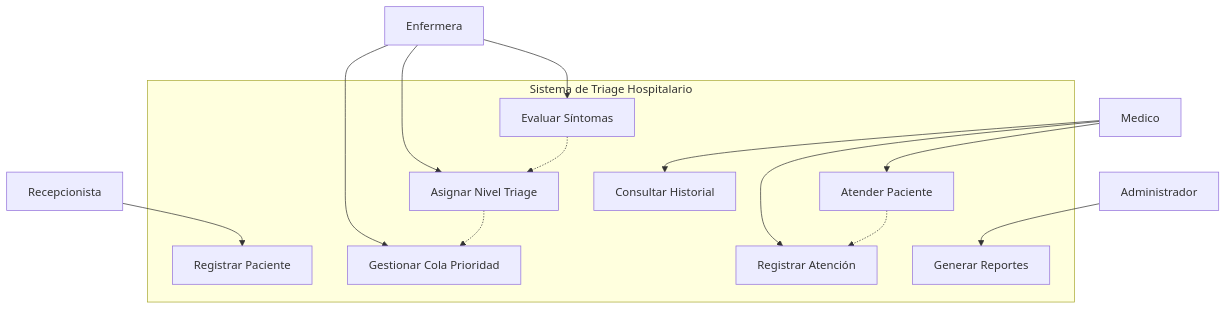
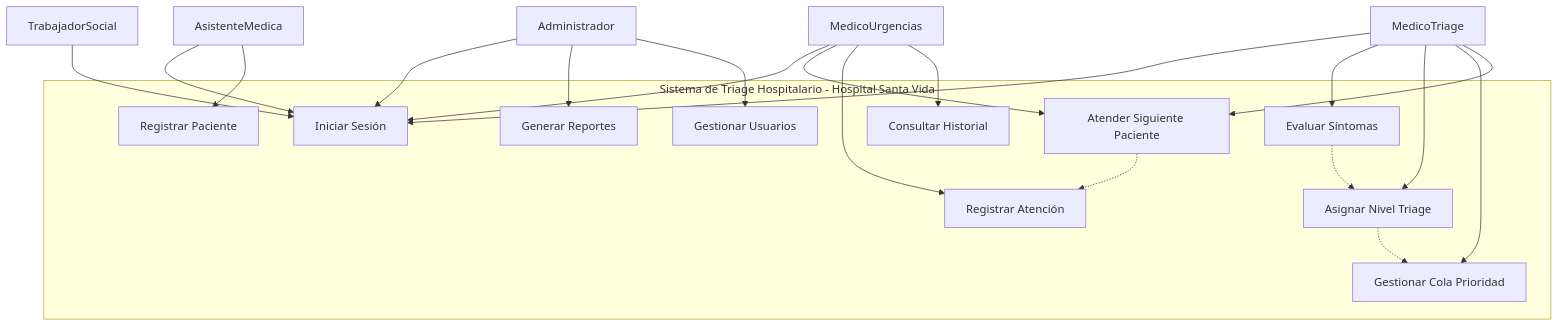
The diagram in README.md (Erick-MSD/Hospital_Santa_Vida), drawn with Mermaid before and after one commit. The commit also changed other lines of this file, not shown here.

````diff
--- a/README.md
+++ b/README.md
@@ -198,26 +358,36 @@
 ```mermaid
 graph TB
-    subgraph "Sistema de Triage Hospitalario"
-        UC1[Registrar Paciente]
-        UC2[Evaluar Síntomas]
-        UC3[Asignar Nivel Triage]
-        UC4[Gestionar Cola Prioridad]
-        UC5[Atender Paciente]
-        UC6[Registrar Atención]
-        UC7[Generar Reportes]
-        UC8[Consultar Historial]
+    subgraph "Sistema de Triage Hospitalario - Hospital Santa Vida"
+        UC1[Iniciar Sesión]
+        UC2[Registrar Paciente]
+        UC3[Evaluar Síntomas]
+        UC4[Asignar Nivel Triage]
+        UC5[Gestionar Cola Prioridad]
+        UC6[Atender Siguiente Paciente]
+        UC7[Registrar Atención]
+        UC8[Generar Reportes]
+        UC9[Gestionar Usuarios]
+        UC10[Consultar Historial]
     end
     
-    Recepcionista --> UC1
-    Enfermera --> UC2
-    Enfermera --> UC3
-    Enfermera --> UC4
-    Medico --> UC5
-    Medico --> UC6
-    Medico --> UC8
-    Administrador --> UC7
+    Administrador --> UC1
+    MedicoTriage --> UC1
+    AsistenteMedica --> UC1
+    TrabajadorSocial --> UC1
+    MedicoUrgencias --> UC1
     
-    UC2 -.-> UC3
+    AsistenteMedica --> UC2
+    MedicoTriage --> UC3
+    MedicoTriage --> UC4
+    MedicoTriage --> UC5
+    MedicoTriage --> UC6
+    MedicoUrgencias --> UC6
+    MedicoUrgencias --> UC7
+    Administrador --> UC8
+    Administrador --> UC9
+    MedicoUrgencias --> UC10
+    
     UC3 -.-> UC4
-    UC5 -.-> UC6
+    UC4 -.-> UC5
+    UC6 -.-> UC7
 ```
````
